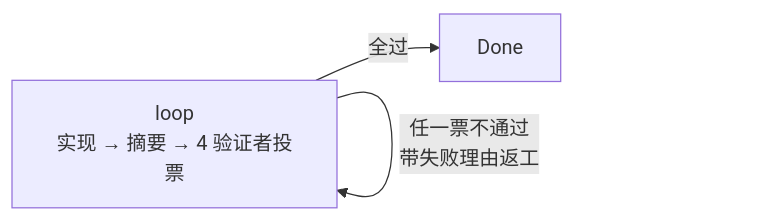
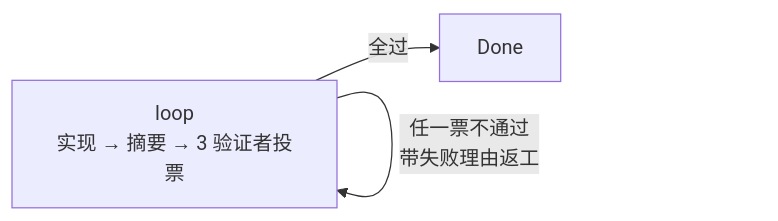
One commit to 534529531/ralph-flow-dsh changed the second of 3 diagrams in README.md. Above: the diagram before and after it, drawn with Mermaid. The commit also changed other lines of this file and 44 other files, not shown here.

````diff
--- a/README.md
+++ b/README.md
@@ -191,5 +191,5 @@
 ```mermaid
 flowchart LR
-    L["loop<br/>实现 → 摘要 → 4 验证者投票"] -->|任一票不通过<br/>带失败理由返工| L
+    L["loop<br/>实现 → 摘要 → 3 验证者投票"] -->|任一票不通过<br/>带失败理由返工| L
     L -->|全过| Done
 ```
````
